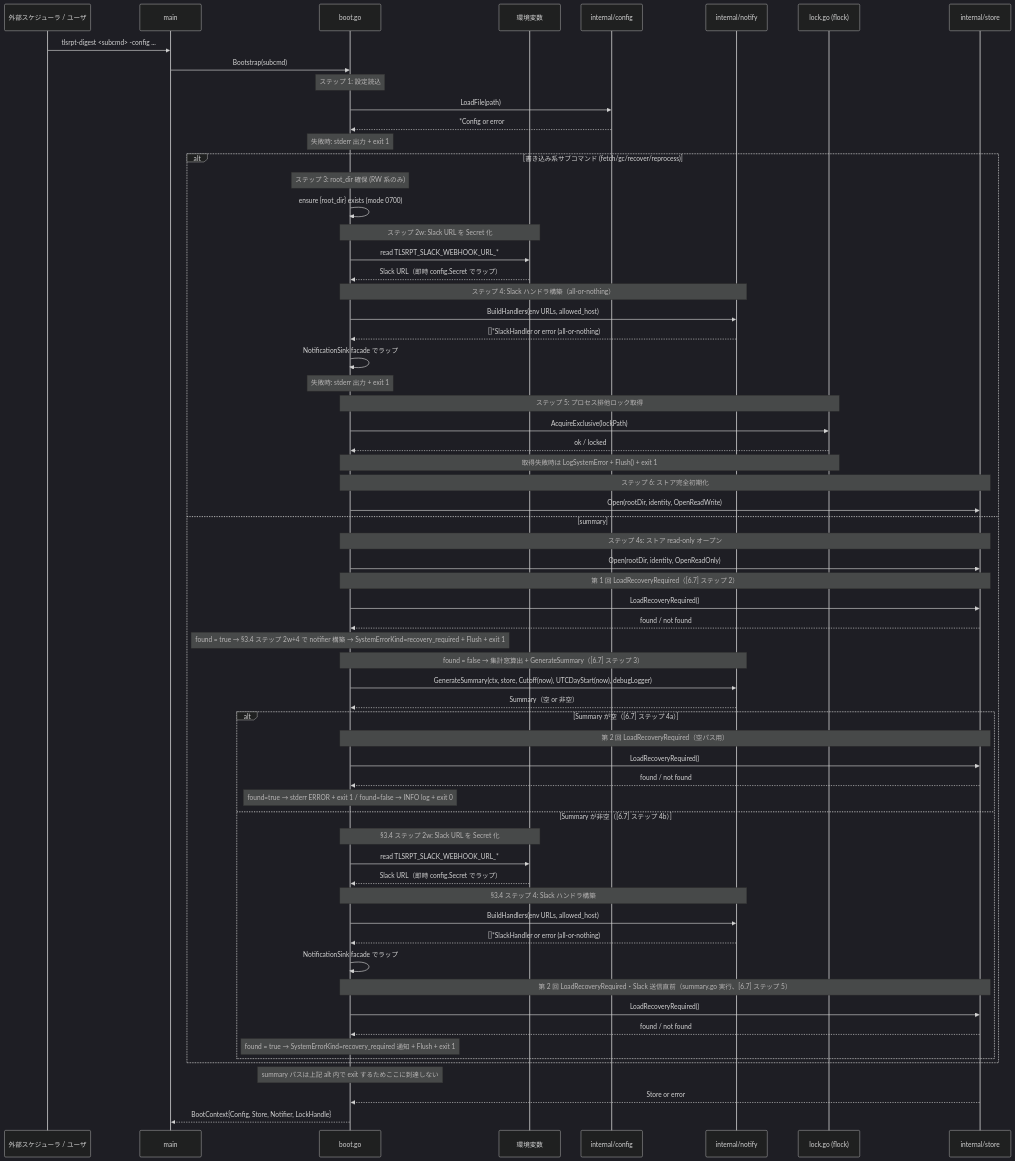
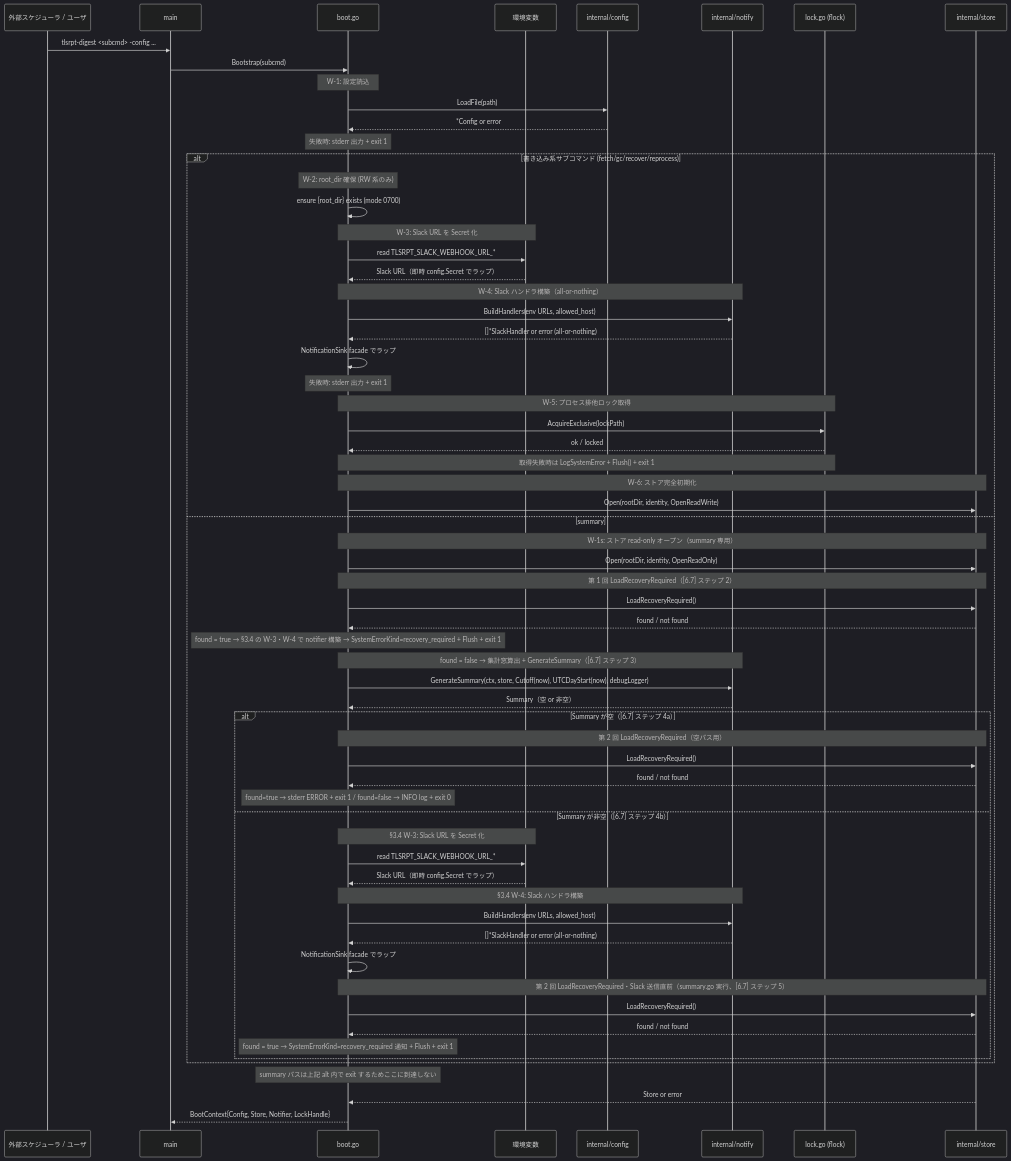
One commit to isseis/tlsrpt-digest changed the fifth of 12 diagrams in docs/tasks/0070_entrypoint/02_architecture.md. Above: the diagram before and after it, drawn with Mermaid (dark theme). The commit also changed other lines of this file, not shown here.

````diff
--- a/docs/tasks/0070_entrypoint/02_architecture.md
+++ b/docs/tasks/0070_entrypoint/02_architecture.md
@@ -179,67 +179,67 @@
 ```mermaid
 sequenceDiagram
     participant U as 外部スケジューラ / ユーザ
     participant M as main
     participant B as boot.go
     participant ENV as 環境変数
     participant CFG as internal/config
     participant N as internal/notify
     participant L as lock.go (flock)
     participant S as internal/store
 
     U->>M: tlsrpt-digest <subcmd> -config ...
     M->>B: Bootstrap(subcmd)
-    Note over B: ステップ 1: 設定読込
+    Note over B: W-1: 設定読込
     B->>CFG: LoadFile(path)
     CFG-->>B: *Config or error
     Note over B: 失敗時: stderr 出力 + exit 1
     alt 書き込み系サブコマンド (fetch/gc/recover/reprocess)
-        Note over B: ステップ 3: root_dir 確保 (RW 系のみ)
+        Note over B: W-2: root_dir 確保 (RW 系のみ)
         B->>B: ensure {root_dir} exists (mode 0700)
-        Note over B,ENV: ステップ 2w: Slack URL を Secret 化
+        Note over B,ENV: W-3: Slack URL を Secret 化
         B->>ENV: read TLSRPT_SLACK_WEBHOOK_URL_*
         ENV-->>B: Slack URL（即時 config.Secret でラップ）
-        Note over B,N: ステップ 4: Slack ハンドラ構築（all-or-nothing）
+        Note over B,N: W-4: Slack ハンドラ構築（all-or-nothing）
         B->>N: BuildHandlers(env URLs, allowed_host)
         N-->>B: []*SlackHandler or error (all-or-nothing)
         B->>B: NotificationSink facade でラップ
         Note over B: 失敗時: stderr 出力 + exit 1
-        Note over B,L: ステップ 5: プロセス排他ロック取得
+        Note over B,L: W-5: プロセス排他ロック取得
         B->>L: AcquireExclusive(lockPath)
         L-->>B: ok / locked
         Note over B,L: 取得失敗時は LogSystemError + Flush() + exit 1
-        Note over B,S: ステップ 6: ストア完全初期化
+        Note over B,S: W-6: ストア完全初期化
         B->>S: Open(rootDir, identity, OpenReadWrite)
     else summary
-        Note over B,S: ステップ 4s: ストア read-only オープン
+        Note over B,S: W-1s: ストア read-only オープン（summary 専用）
         B->>S: Open(rootDir, identity, OpenReadOnly)
         Note over B,S: 第 1 回 LoadRecoveryRequired（[6.7] ステップ 2）
         B->>S: LoadRecoveryRequired()
         S-->>B: found / not found
-        Note over B: found = true → §3.4 ステップ 2w+4 で notifier 構築 → SystemErrorKind=recovery_required + Flush + exit 1
+        Note over B: found = true → §3.4 の W-3・W-4 で notifier 構築 → SystemErrorKind=recovery_required + Flush + exit 1
         Note over B,N: found = false → 集計窓算出 + GenerateSummary（[6.7] ステップ 3）
         B->>N: GenerateSummary(ctx, store, Cutoff(now), UTCDayStart(now), debugLogger)
         N-->>B: Summary（空 or 非空）
         alt Summary が空（[6.7] ステップ 4a）
             Note over B,S: 第 2 回 LoadRecoveryRequired（空パス用）
             B->>S: LoadRecoveryRequired()
             S-->>B: found / not found
             Note over B: found=true → stderr ERROR + exit 1  /  found=false → INFO log + exit 0
         else Summary が非空（[6.7] ステップ 4b）
-            Note over B,ENV: §3.4 ステップ 2w: Slack URL を Secret 化
+            Note over B,ENV: §3.4 W-3: Slack URL を Secret 化
             B->>ENV: read TLSRPT_SLACK_WEBHOOK_URL_*
             ENV-->>B: Slack URL（即時 config.Secret でラップ）
-            Note over B,N: §3.4 ステップ 4: Slack ハンドラ構築
+            Note over B,N: §3.4 W-4: Slack ハンドラ構築
             B->>N: BuildHandlers(env URLs, allowed_host)
             N-->>B: []*SlackHandler or error (all-or-nothing)
             B->>B: NotificationSink facade でラップ
             Note over B,S: 第 2 回 LoadRecoveryRequired・Slack 送信直前（summary.go 実行、[6.7] ステップ 5）
             B->>S: LoadRecoveryRequired()
             S-->>B: found / not found
             Note over B: found = true → SystemErrorKind=recovery_required 通知 + Flush + exit 1
         end
     end
     Note over B: summary パスは上記 alt 内で exit するためここに到達しない
     S-->>B: Store or error
     B-->>M: BootContext{Config, Store, Notifier, LockHandle}
 ```
````
